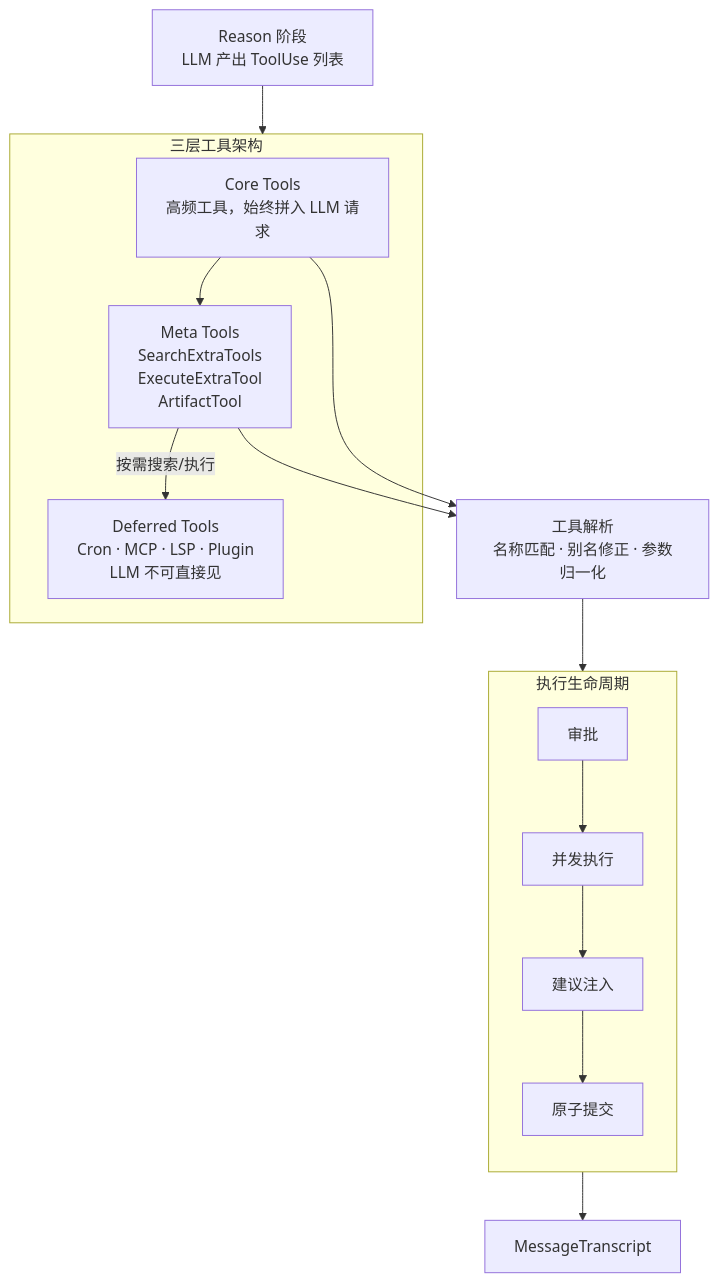
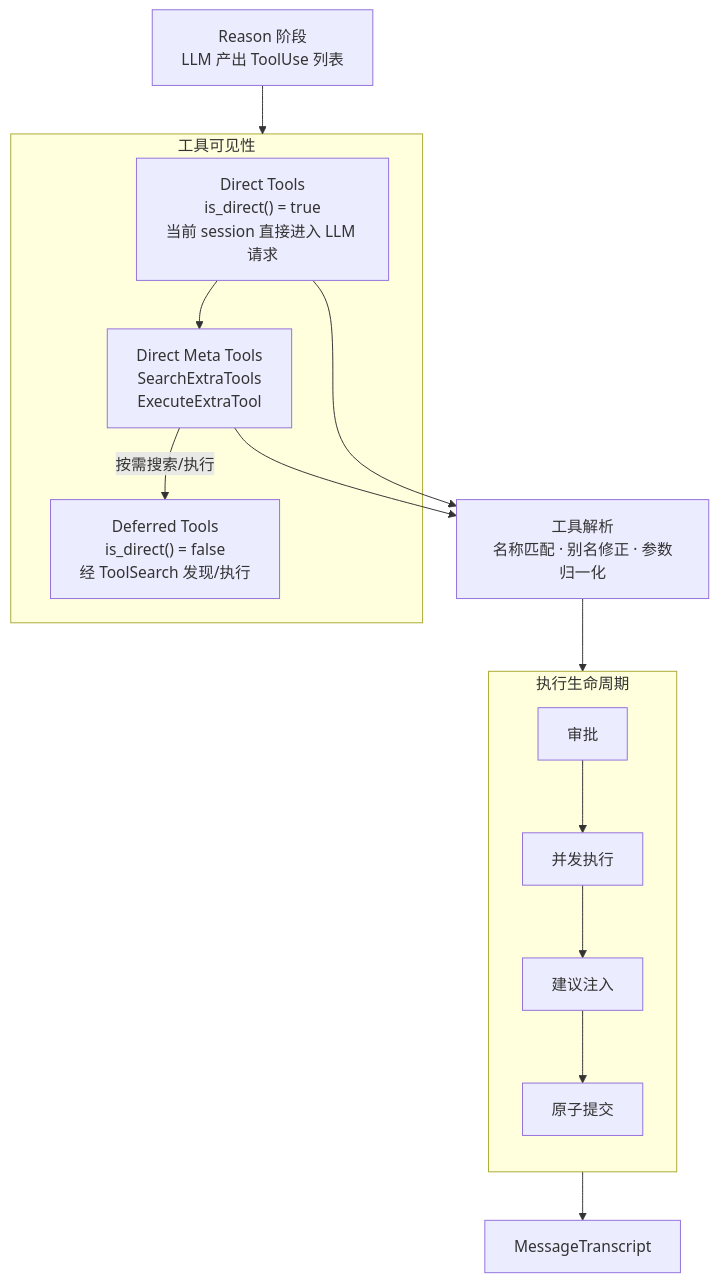
Before and after one commit to KonghaYao/peri: the diagram in docs/design/peri-agent-tool-system-v2.md, drawn with Mermaid. The commit also changed other lines of this file and 81 other files, not shown here.

````diff
--- a/docs/design/peri-agent-tool-system-v2.md
+++ b/docs/design/peri-agent-tool-system-v2.md
@@ -17,31 +17,31 @@
 ```mermaid
 graph TB
     REASON["Reason 阶段<br/>LLM 产出 ToolUse 列表"]
 
     REASON --> LAYER
 
-    subgraph LAYER["三层工具架构"]
-        CORE["Core Tools<br/>高频工具，始终拼入 LLM 请求"]
-        META["Meta Tools<br/>SearchExtraTools<br/>ExecuteExtraTool<br/>ArtifactTool"]
-        DEFER["Deferred Tools<br/>Cron · MCP · LSP · Plugin<br/>LLM 不可直接见"]
+    subgraph LAYER["工具可见性"]
+        DIRECT["Direct Tools<br/>is_direct() = true<br/>当前 session 直接进入 LLM 请求"]
+        META["Direct Meta Tools<br/>SearchExtraTools<br/>ExecuteExtraTool"]
+        DEFER["Deferred Tools<br/>is_direct() = false<br/>经 ToolSearch 发现/执行"]
 
-        CORE --> META
+        DIRECT --> META
         META -->|"按需搜索/执行"| DEFER
     end
 
-    CORE & META --> RESOLVE["工具解析<br/>名称匹配 · 别名修正 · 参数归一化"]
+    DIRECT & META --> RESOLVE["工具解析<br/>名称匹配 · 别名修正 · 参数归一化"]
 
     RESOLVE --> LIFECYCLE
 
     subgraph LIFECYCLE["执行生命周期"]
         direction TB
         APPROVE["审批"]
         EXEC["并发执行"]
         SUGGEST["建议注入"]
         COMMIT["原子提交"]
     end
 
     APPROVE --> EXEC --> SUGGEST --> COMMIT
 
     COMMIT --> TRANSCRIPT["MessageTranscript"]
 ```
````
